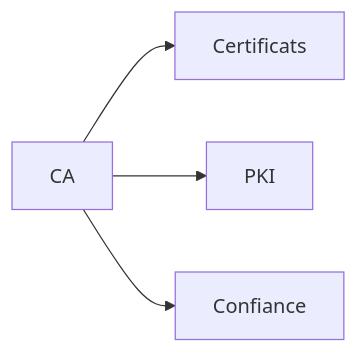
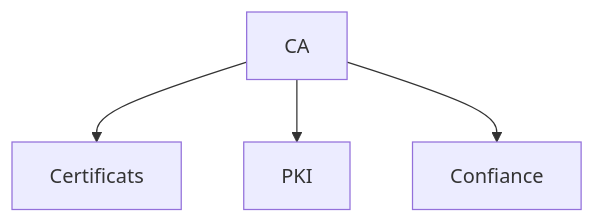
Before and after one commit to zyrass/omnydocs: the seventh of 42 diagrams in docs/glossaire/cybersecurite.md, drawn with Mermaid. The commit also changed other lines of this file and 1780 other files, not shown here.

````diff
--- a/docs/glossaire/cybersecurite.md
+++ b/docs/glossaire/cybersecurite.md
@@ -147,6 +177,6 @@
-    ```mermaid
-    graph LR
-        A[CA] --> B[Certificats]
-        A --> C[PKI]
-        A --> D[Confiance]
-    ```
+```mermaid
+graph TB
+    A[CA] --> B[Certificats]
+    A --> C[PKI]
+    A --> D[Confiance]
+```
````
